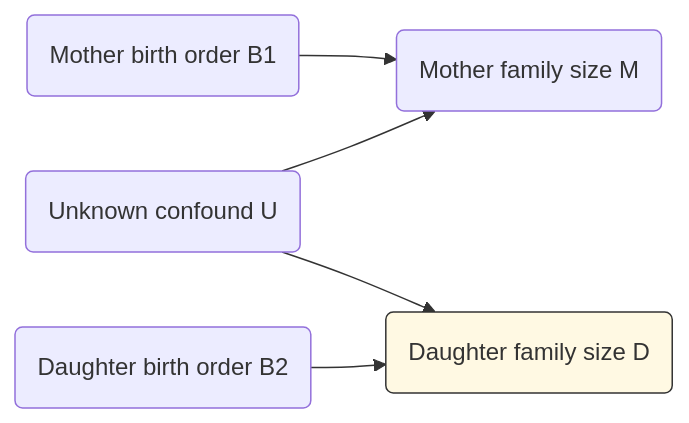
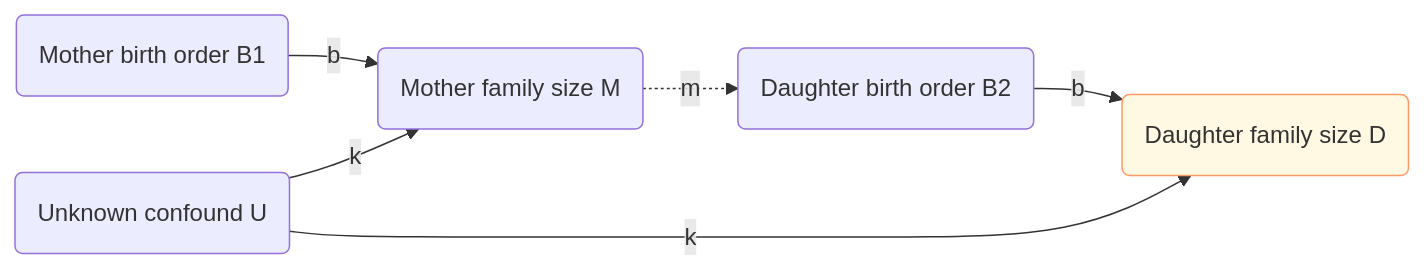
The first of 4 diagrams in blog_posts/regression_richard_mcelreath.md (erikaduan/textbook_notes), drawn with Mermaid before and after one commit. The commit also changed other lines of this file and 5 other files, not shown here.

````diff
--- a/blog_posts/regression_richard_mcelreath.md
+++ b/blog_posts/regression_richard_mcelreath.md
@@ -112,10 +112,12 @@
 ``` mermaid
 flowchart LR  
-  A(Mother birth order B1) --> B(Mother family size M) 
-  C(Unknown confound U) --> B(Mother family size M) 
+  A(Mother birth order B1) --b--> B(Mother family size M) 
+  C(Unknown confound U) --k--> B 
   
-  D(Daughter birth order B2) --> E(Daughter family size D) 
-  C(Unknown confound U) --> E(Daughter family size D) 
+  D(Daughter birth order B2) --b--> E(Daughter family size D) 
+  C --k--> E
   
-  style E fill:#Fff9e3,stroke:#333
+  B -.m.-> D
+  
+  style E fill:#Fff9e3,stroke:#f96
 ```
````
